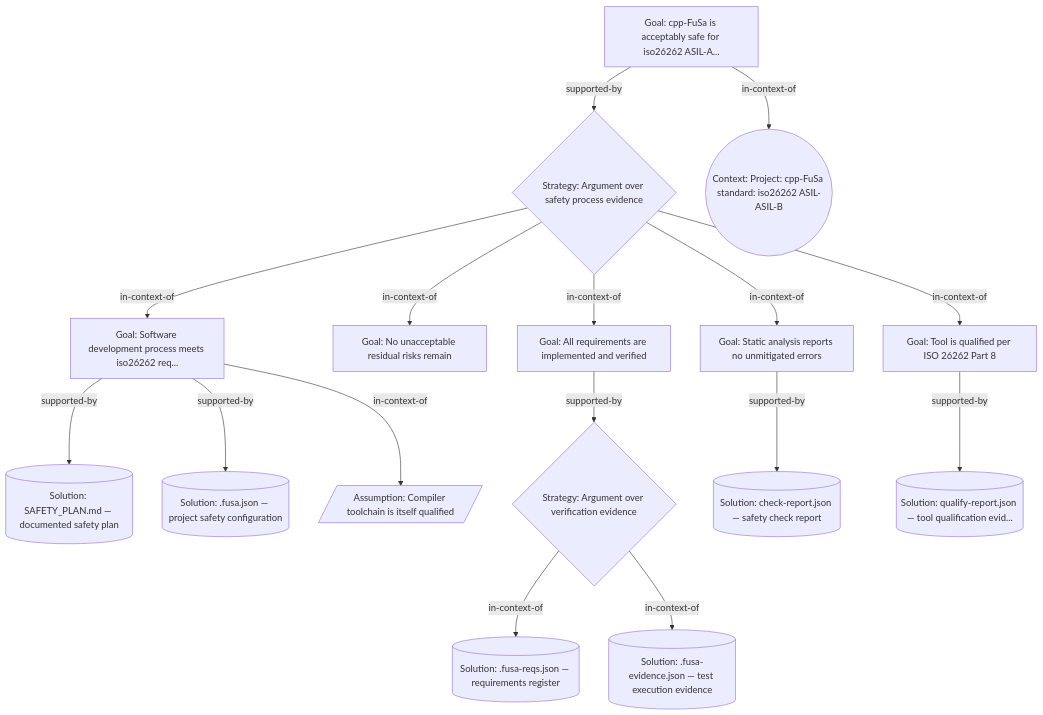
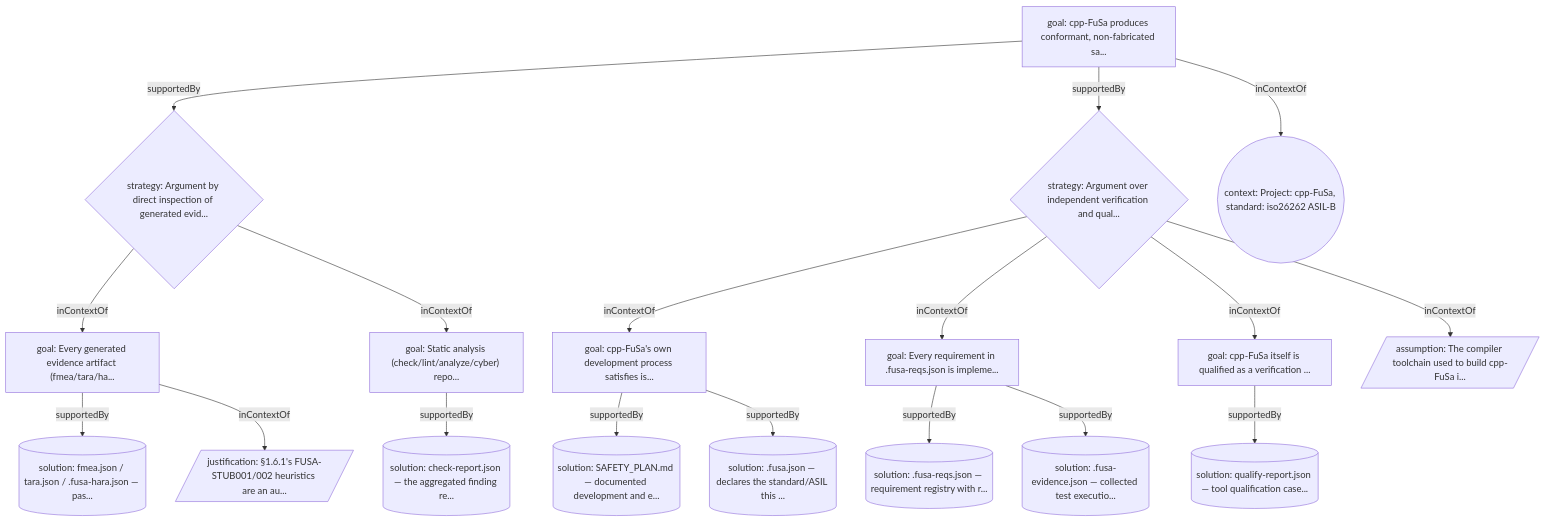
One commit to SoundMatt/cpp-FuSa changed the diagram in safety-case.mermaid. Above: the diagram before and after it, drawn with Mermaid. The commit also changed 42 other files, not shown here.

```diff
--- a/safety-case.mermaid
+++ b/safety-case.mermaid
@@ -1,33 +1,37 @@
 graph TD
 %% cpp-FuSa Safety Case GSN — cpp-FuSa
-  G1["Goal: cpp-FuSa is acceptably safe for iso26262 ASIL-A..."]
-  G2["Goal: Software development process meets iso26262 req..."]
-  G3["Goal: No unacceptable residual risks remain"]
-  G4["Goal: All requirements are implemented and verified"]
-  G5["Goal: Static analysis reports no unmitigated errors"]
-  G6["Goal: Tool is qualified per ISO 26262 Part 8"]
-  S1{"Strategy: Argument over safety process evidence"}
-  S2{"Strategy: Argument over verification evidence"}
-  Sn1[("Solution: SAFETY_PLAN.md — documented safety plan")]
-  Sn2[("Solution: .fusa.json — project safety configuration")]
-  Sn3[("Solution: .fusa-reqs.json — requirements register")]
-  Sn4[("Solution: qualify-report.json — tool qualification evid...")]
-  Sn5[("Solution: .fusa-evidence.json — test execution evidence")]
-  Sn6[("Solution: check-report.json — safety check report")]
-  C1(("Context: Project: cpp-FuSa standard: iso26262 ASIL-ASIL-B"))
-  A1[/"Assumption: Compiler toolchain is itself qualified"/]
-  G1 -->|"supported-by"| S1
-  S1 -->|"in-context-of"| G2
-  S1 -->|"in-context-of"| G3
-  S1 -->|"in-context-of"| G4
-  S1 -->|"in-context-of"| G5
-  S1 -->|"in-context-of"| G6
-  G2 -->|"supported-by"| Sn1
-  G2 -->|"supported-by"| Sn2
-  G4 -->|"supported-by"| S2
-  S2 -->|"in-context-of"| Sn3
-  S2 -->|"in-context-of"| Sn5
-  G5 -->|"supported-by"| Sn6
-  G6 -->|"supported-by"| Sn4
-  G1 -->|"in-context-of"| C1
-  G2 -->|"in-context-of"| A1
+  G1["goal: cpp-FuSa produces conformant, non-fabricated sa..."]
+  G2["goal: cpp-FuSa's own development process satisfies is..."]
+  G3["goal: Every generated evidence artifact (fmea/tara/ha..."]
+  G4["goal: Every requirement in .fusa-reqs.json is impleme..."]
+  G5["goal: Static analysis (check/lint/analyze/cyber) repo..."]
+  G6["goal: cpp-FuSa itself is qualified as a verification ..."]
+  St1{"strategy: Argument by direct inspection of generated evid..."}
+  St2{"strategy: Argument over independent verification and qual..."}
+  Sn1[("solution: SAFETY_PLAN.md — documented development and e...")]
+  Sn2[("solution: .fusa.json — declares the standard/ASIL this ...")]
+  Sn3[("solution: .fusa-reqs.json — requirement registry with r...")]
+  Sn4[("solution: qualify-report.json — tool qualification case...")]
+  Sn5[("solution: .fusa-evidence.json — collected test executio...")]
+  Sn6[("solution: check-report.json — the aggregated finding re...")]
+  Sn7[("solution: fmea.json / tara.json / .fusa-hara.json — pas...")]
+  C1(("context: Project: cpp-FuSa, standard: iso26262 ASIL-B"))
+  A1[/"assumption: The compiler toolchain used to build cpp-FuSa i..."/]
+  J1[/"justification: §1.6.1's FUSA-STUB001/002 heuristics are an au..."/]
+  G1 -->|"supportedBy"| St1
+  St1 -->|"inContextOf"| G3
+  St1 -->|"inContextOf"| G5
+  G1 -->|"supportedBy"| St2
+  St2 -->|"inContextOf"| G2
+  St2 -->|"inContextOf"| G4
+  St2 -->|"inContextOf"| G6
+  G2 -->|"supportedBy"| Sn1
+  G2 -->|"supportedBy"| Sn2
+  G4 -->|"supportedBy"| Sn3
+  G4 -->|"supportedBy"| Sn5
+  G5 -->|"supportedBy"| Sn6
+  G6 -->|"supportedBy"| Sn4
+  G3 -->|"supportedBy"| Sn7
+  G1 -->|"inContextOf"| C1
+  St2 -->|"inContextOf"| A1
+  G3 -->|"inContextOf"| J1
```
